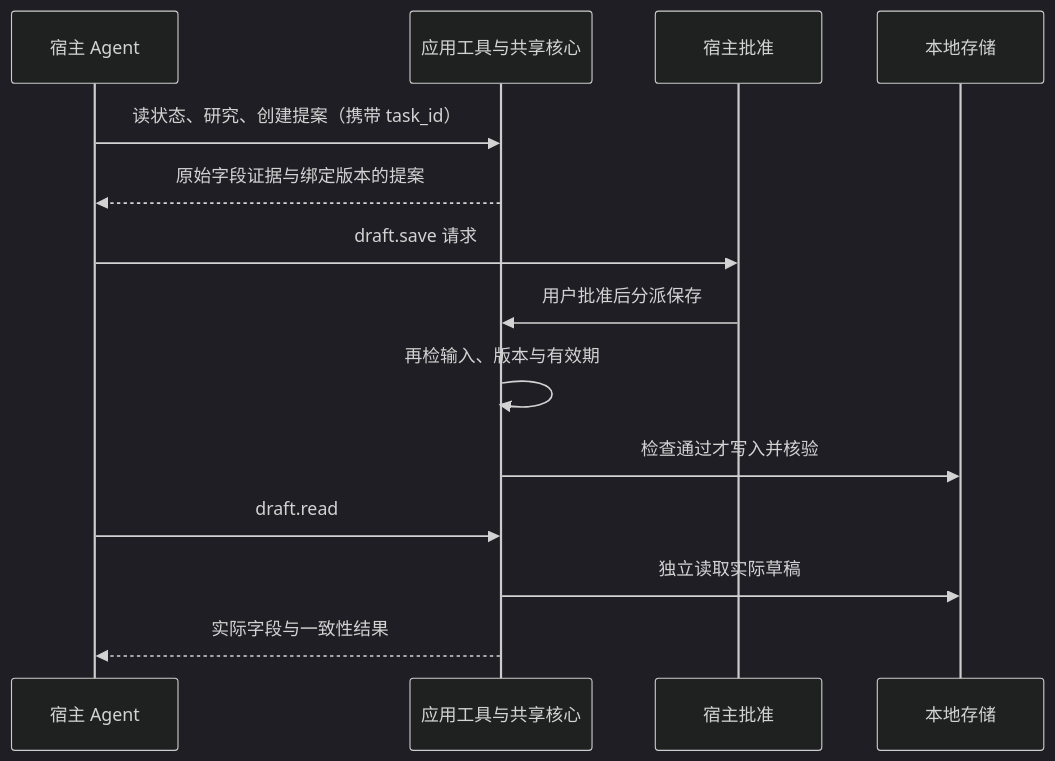
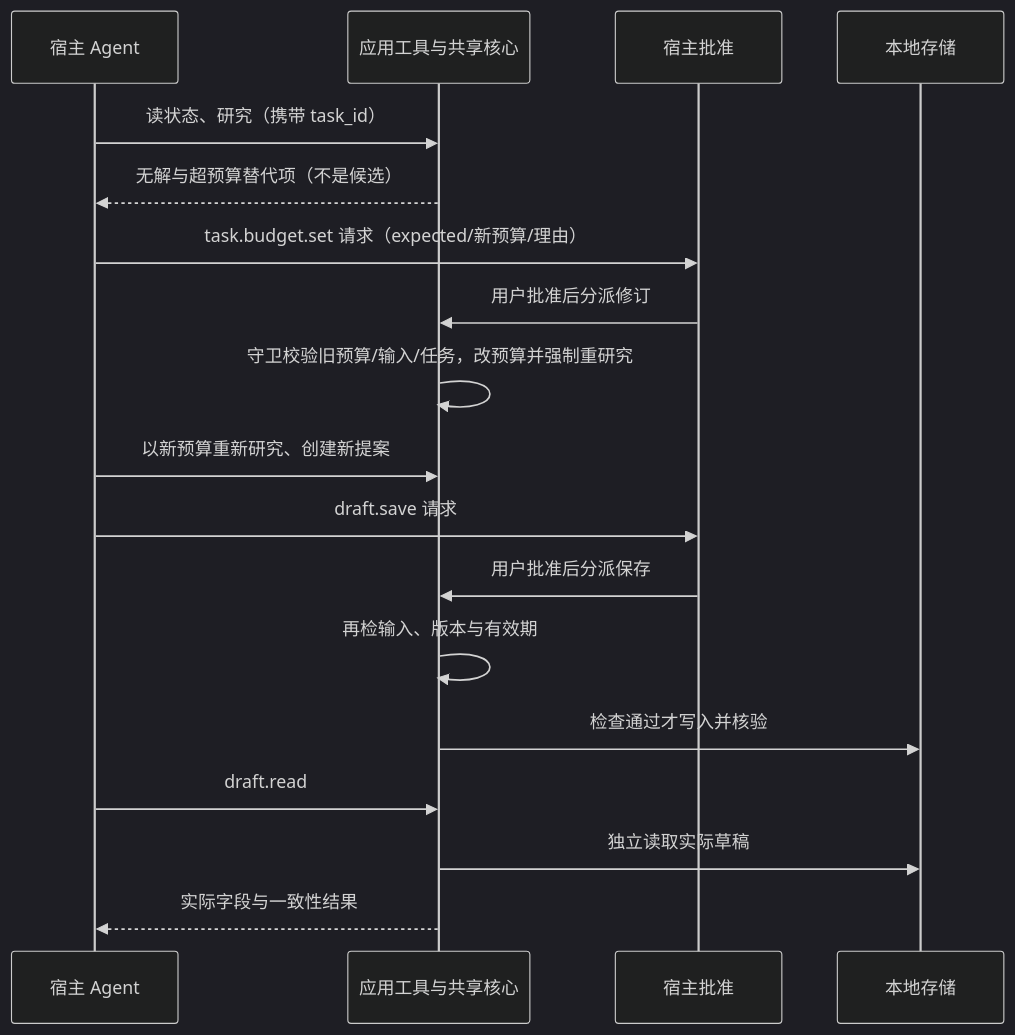
The first of 2 diagrams in docs/HANDOFF.md (prettygirlisnotme/TraceShop), drawn with Mermaid (dark theme) before and after one commit. The commit also changed other lines of this file and 29 other files, not shown here.

````diff
--- a/docs/HANDOFF.md
+++ b/docs/HANDOFF.md
@@ -19,16 +21,20 @@
 ```mermaid
 sequenceDiagram
     participant A as 宿主 Agent
     participant T as 应用工具与共享核心
     participant H as 宿主批准
     participant S as 本地存储
-    A->>T: 读状态、研究、创建提案（携带 task_id）
-    T-->>A: 原始字段证据与绑定版本的提案
+    A->>T: 读状态、研究（携带 task_id）
+    T-->>A: 无解与超预算替代项（不是候选）
+    A->>H: task.budget.set 请求（expected/新预算/理由）
+    H->>T: 用户批准后分派修订
+    T->>T: 守卫校验旧预算/输入/任务，改预算并强制重研究
+    A->>T: 以新预算重新研究、创建新提案
     A->>H: draft.save 请求
     H->>T: 用户批准后分派保存
     T->>T: 再检输入、版本与有效期
     T->>S: 检查通过才写入并核验
     A->>T: draft.read
     T->>S: 独立读取实际草稿
     T-->>A: 实际字段与一致性结果
 ```
````
